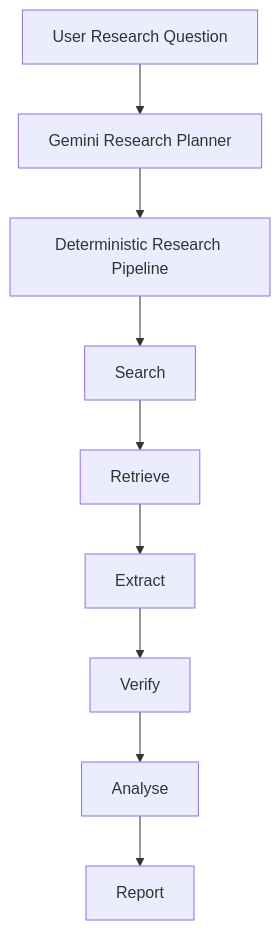
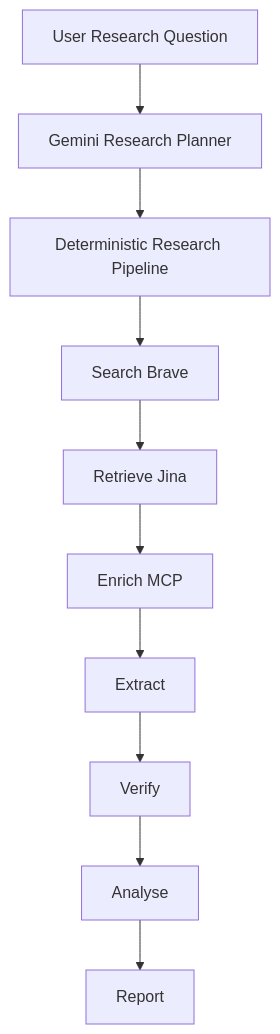
The diagram in README.md (ahmedmustaf103-dot/researchflow-ai), drawn with Mermaid before and after one commit. The commit also changed other lines of this file and 27 other files, not shown here.

````diff
--- a/README.md
+++ b/README.md
@@ -56,11 +58,12 @@
 ```mermaid
 flowchart TD
     A[User Research Question] --> B[Gemini Research Planner]
     B --> C[Deterministic Research Pipeline]
-    C --> D[Search]
-    D --> E[Retrieve]
-    E --> F[Extract]
-    F --> G[Verify]
-    G --> H[Analyse]
-    H --> I[Report]
+    C --> D[Search Brave]
+    D --> E[Retrieve Jina]
+    E --> F[Enrich MCP]
+    F --> G[Extract]
+    G --> H[Verify]
+    H --> I[Analyse]
+    I --> J[Report]
 ```
````
